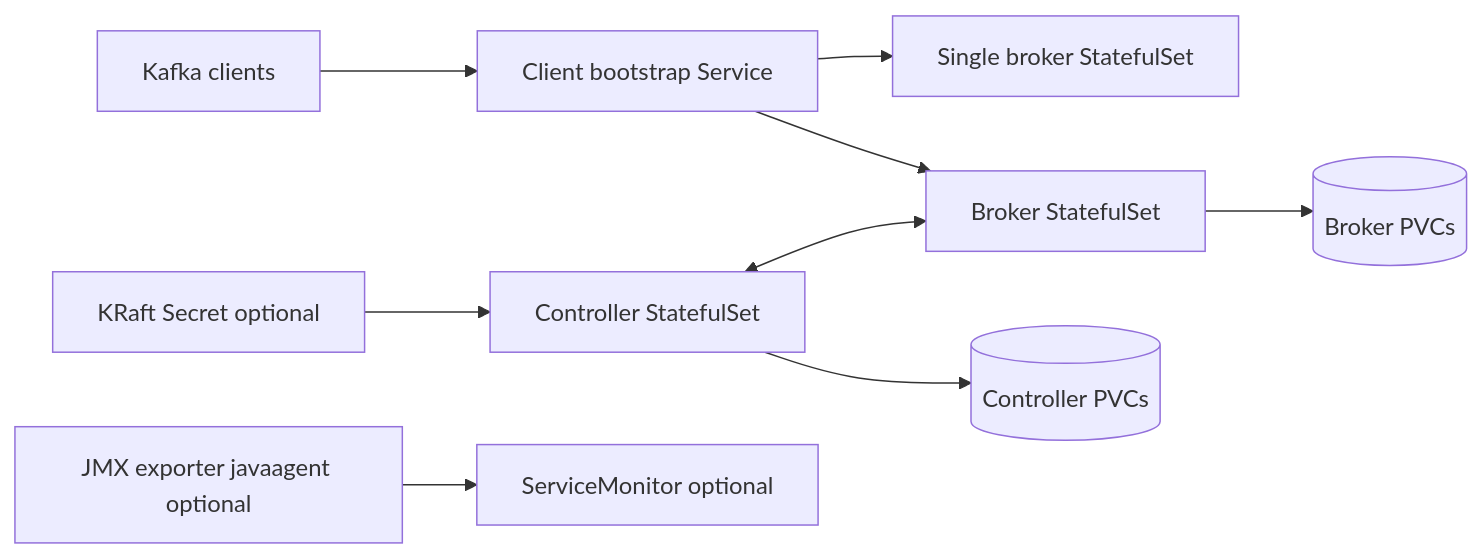
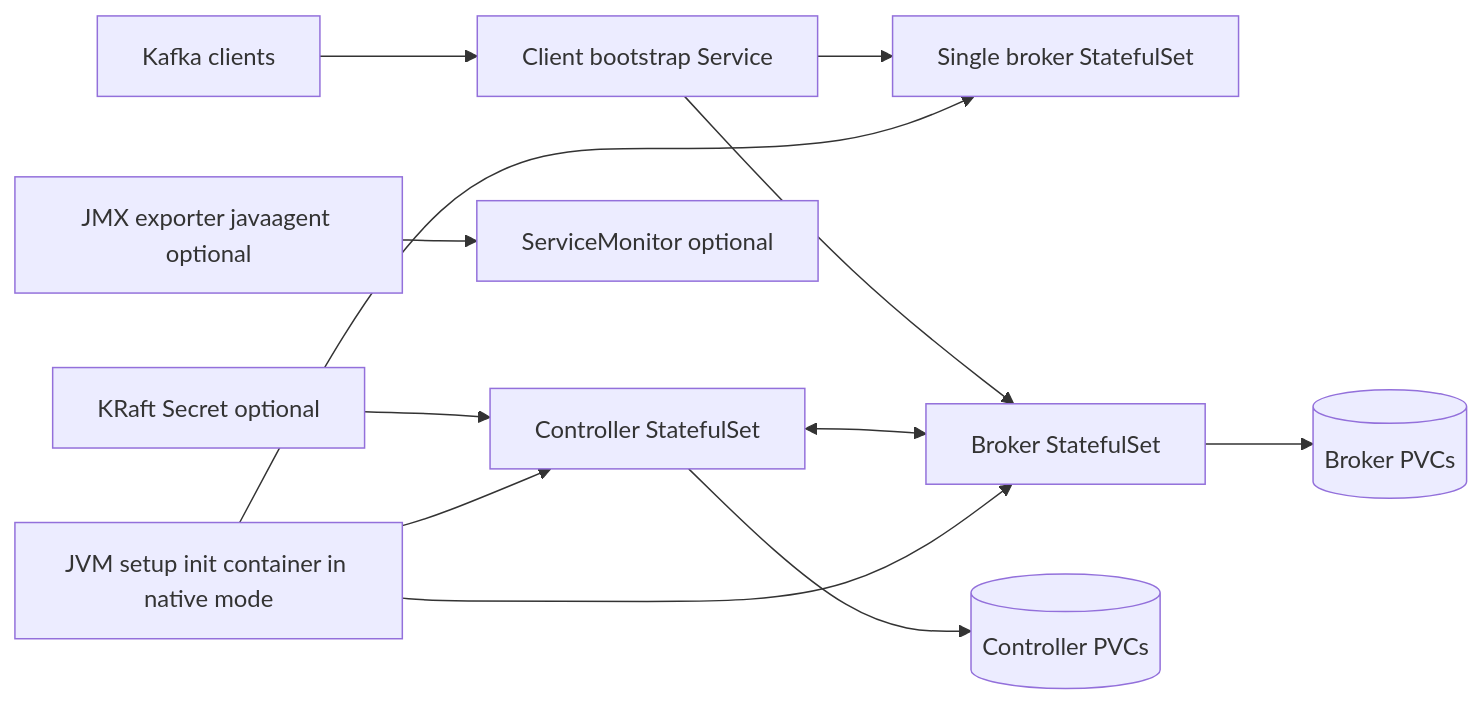
Before and after one commit to helmforgedev/charts: the diagram in charts/kafka/DESIGN.md, drawn with Mermaid. The commit also changed other lines of this file and 14 other files, not shown here.

````diff
--- a/charts/kafka/DESIGN.md
+++ b/charts/kafka/DESIGN.md
@@ -16,11 +19,14 @@
 ```mermaid
 flowchart LR
   clients[Kafka clients] --> bootstrap[Client bootstrap Service]
   bootstrap --> single[Single broker StatefulSet]
   bootstrap --> brokers[Broker StatefulSet]
   brokers --> brokerpvc[(Broker PVCs)]
   controllers[Controller StatefulSet] --> controllerpvc[(Controller PVCs)]
   controllers <--> brokers
   kraft[KRaft Secret optional] --> controllers
   metrics[JMX exporter javaagent optional] --> sm[ServiceMonitor optional]
+  setup[JVM setup init container in native mode] --> single
+  setup --> controllers
+  setup --> brokers
 ```
````
